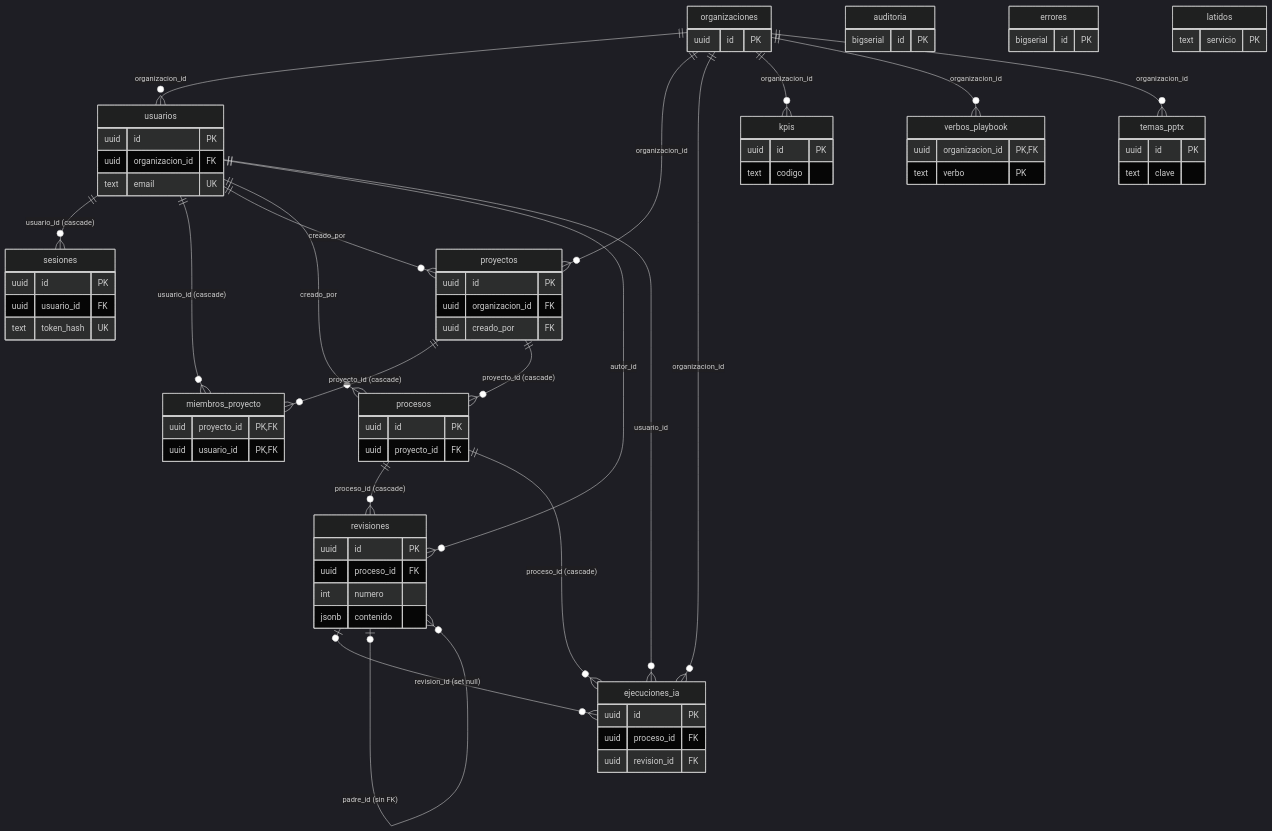
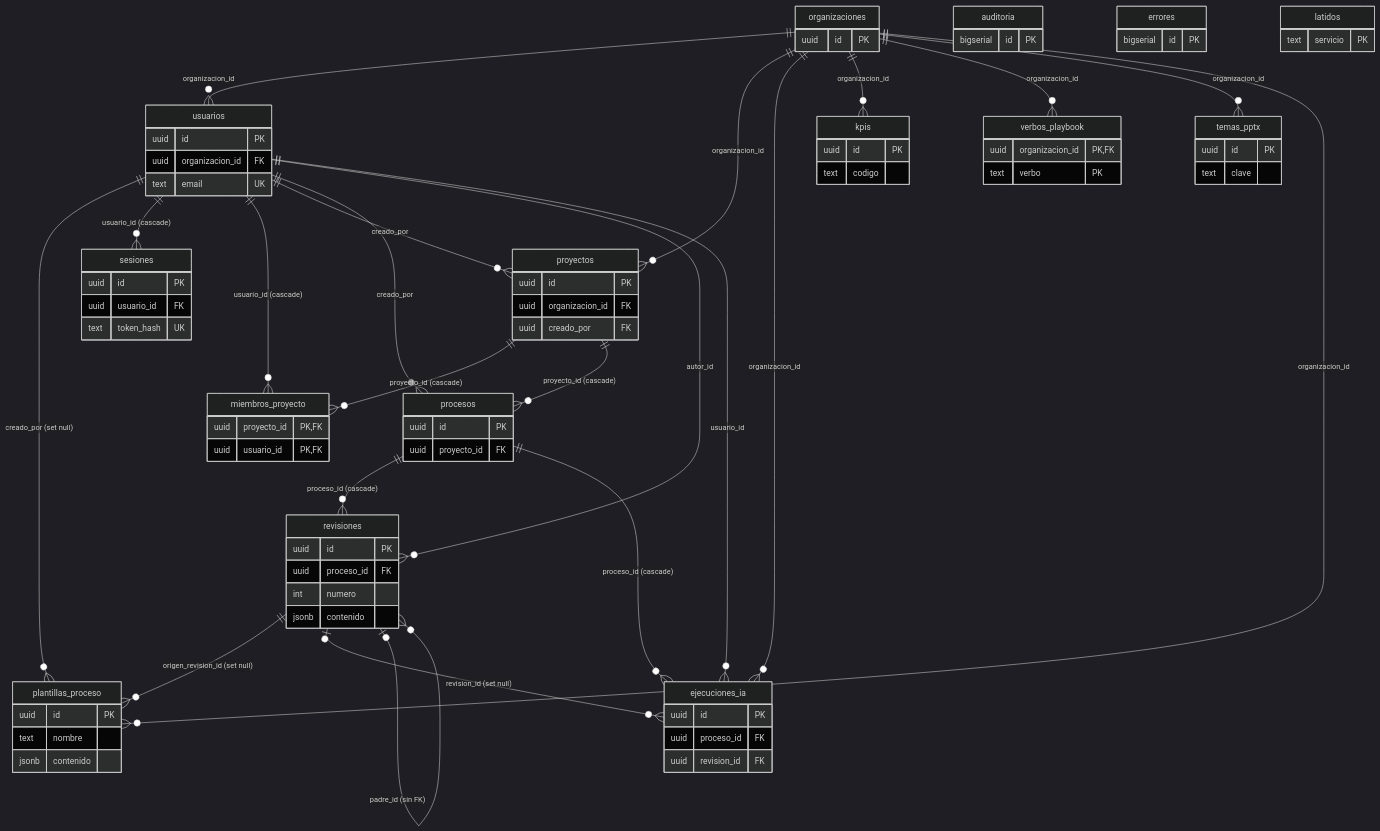
One commit to Alejandromsa/mbc_project changed the diagram in docs/tecnica/modelo-de-datos.md. Above: the diagram before and after it, drawn with Mermaid (dark theme). The commit also changed other lines of this file and 13 other files, not shown here.

```diff
--- a/docs/tecnica/modelo-de-datos.md
+++ b/docs/tecnica/modelo-de-datos.md
@@ -33,6 +33,9 @@
   organizaciones ||--o{ kpis : "organizacion_id"
   organizaciones ||--o{ verbos_playbook : "organizacion_id"
   organizaciones ||--o{ temas_pptx : "organizacion_id"
+  organizaciones ||--o{ plantillas_proceso : "organizacion_id"
+  usuarios ||--o{ plantillas_proceso : "creado_por (set null)"
+  revisiones ||--o{ plantillas_proceso : "origen_revision_id (set null)"
   usuarios ||--o{ sesiones : "usuario_id (cascade)"
   usuarios ||--o{ miembros_proyecto : "usuario_id (cascade)"
   usuarios ||--o{ proyectos : "creado_por"
@@ -95,6 +98,11 @@
     uuid id PK
     text clave
   }
+  plantillas_proceso {
+    uuid id PK
+    text nombre
+    jsonb contenido
+  }
   auditoria {
     bigserial id PK
   }
```
